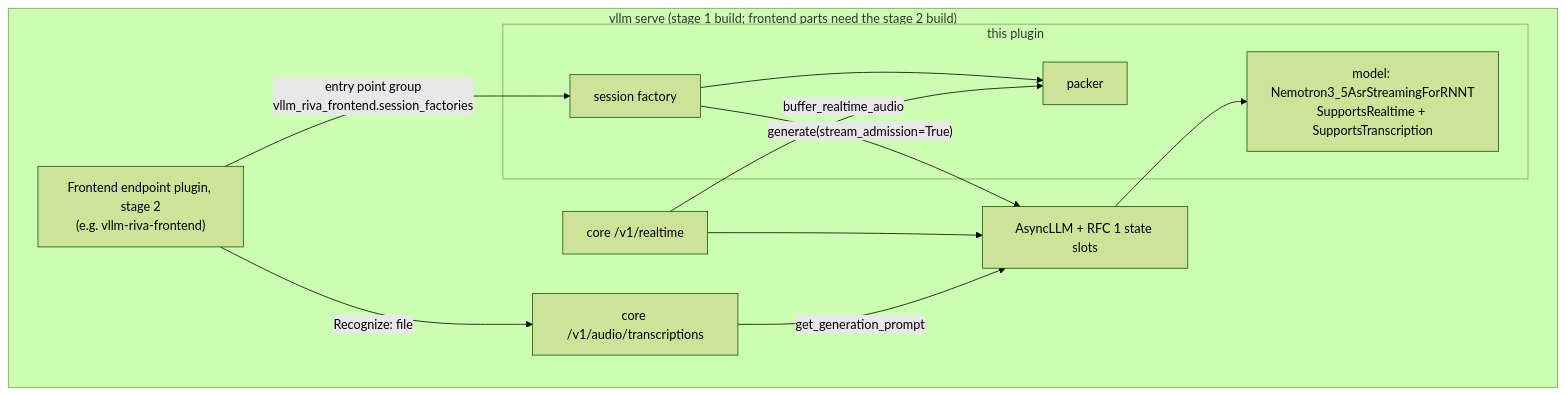
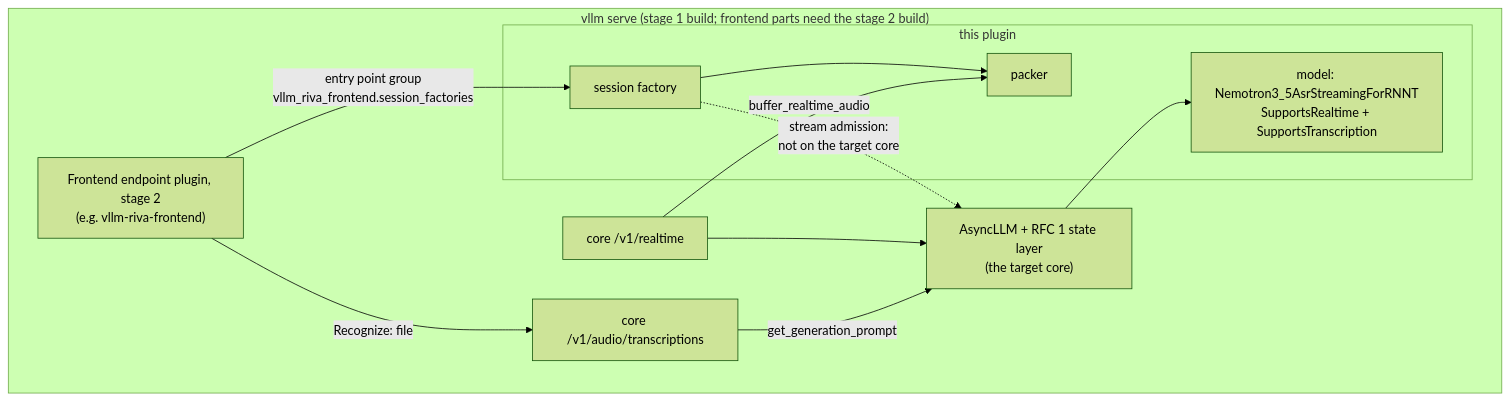
One commit to pdtgct/vllm-nemotron-asr-streaming-plugin changed the diagram in docs/high-level-design.md. Above: the diagram before and after it, drawn with Mermaid (forest theme). The commit also changed other lines of this file and 3 other files, not shown here.

First line of the commit message:
docs: serve on the core state layer (HLD, registration)

````diff
--- a/docs/high-level-design.md
+++ b/docs/high-level-design.md
@@ -196,23 +209,23 @@
 ```mermaid
 flowchart LR
   subgraph serve["vllm serve (stage 1 build; frontend parts need the stage 2 build)"]
     direction LR
     FE["Frontend endpoint plugin, stage 2<br/>(e.g. vllm-riva-frontend)"]
     CORE_RT["core /v1/realtime"]
     CORE_TX["core /v1/audio/transcriptions"]
     subgraph plugin["this plugin"]
       SF["session factory"]
       PK["packer"]
       M["model: Nemotron3_5AsrStreamingForRNNT<br/>SupportsRealtime + SupportsTranscription"]
     end
-    ENG["AsyncLLM + RFC 1 state slots"]
+    ENG["AsyncLLM + RFC 1 state layer<br/>(the target core)"]
   end
   FE -- "entry point group<br/>vllm_riva_frontend.session_factories" --> SF
   FE -- "Recognize: file" --> CORE_TX
   SF --> PK
   CORE_RT -- "buffer_realtime_audio" --> PK
-  SF -- "generate(stream_admission=True)" --> ENG
+  SF -. "stream admission:<br/>not on the target core" .-> ENG
   CORE_RT --> ENG
   CORE_TX -- "get_generation_prompt" --> ENG
   ENG --> M
 ```
````
